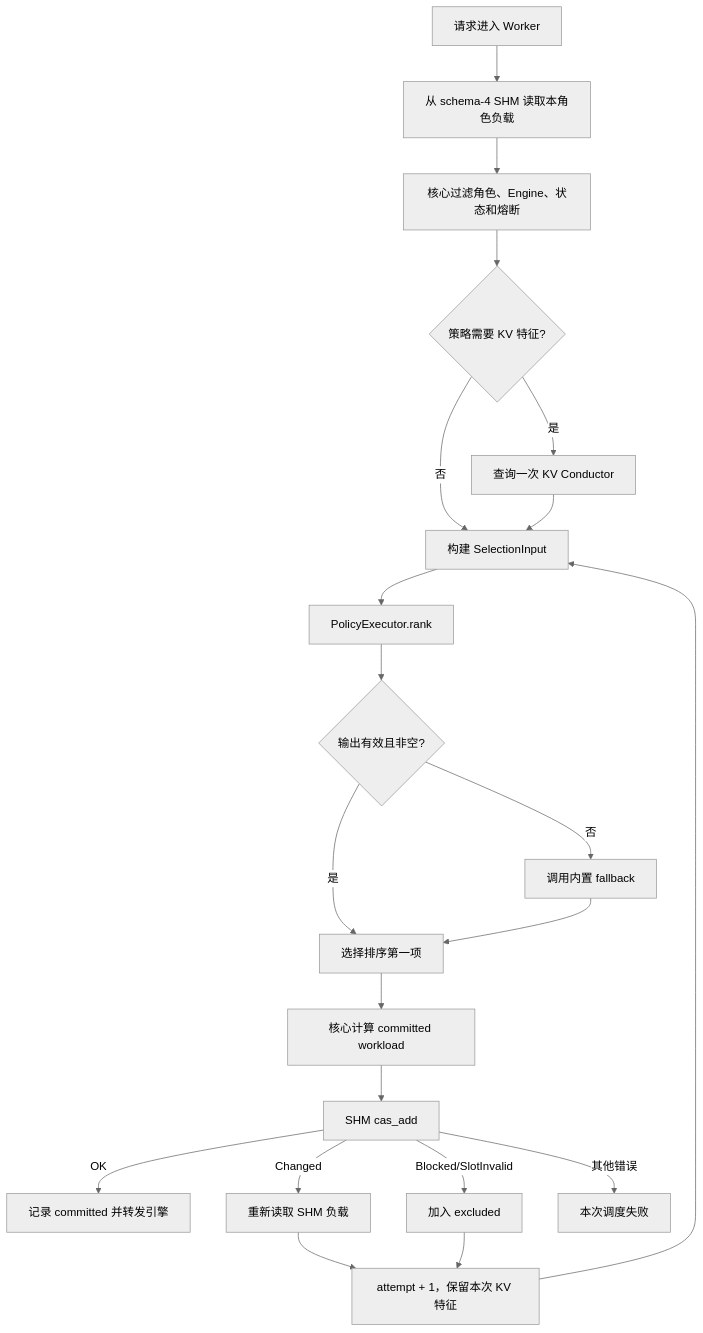
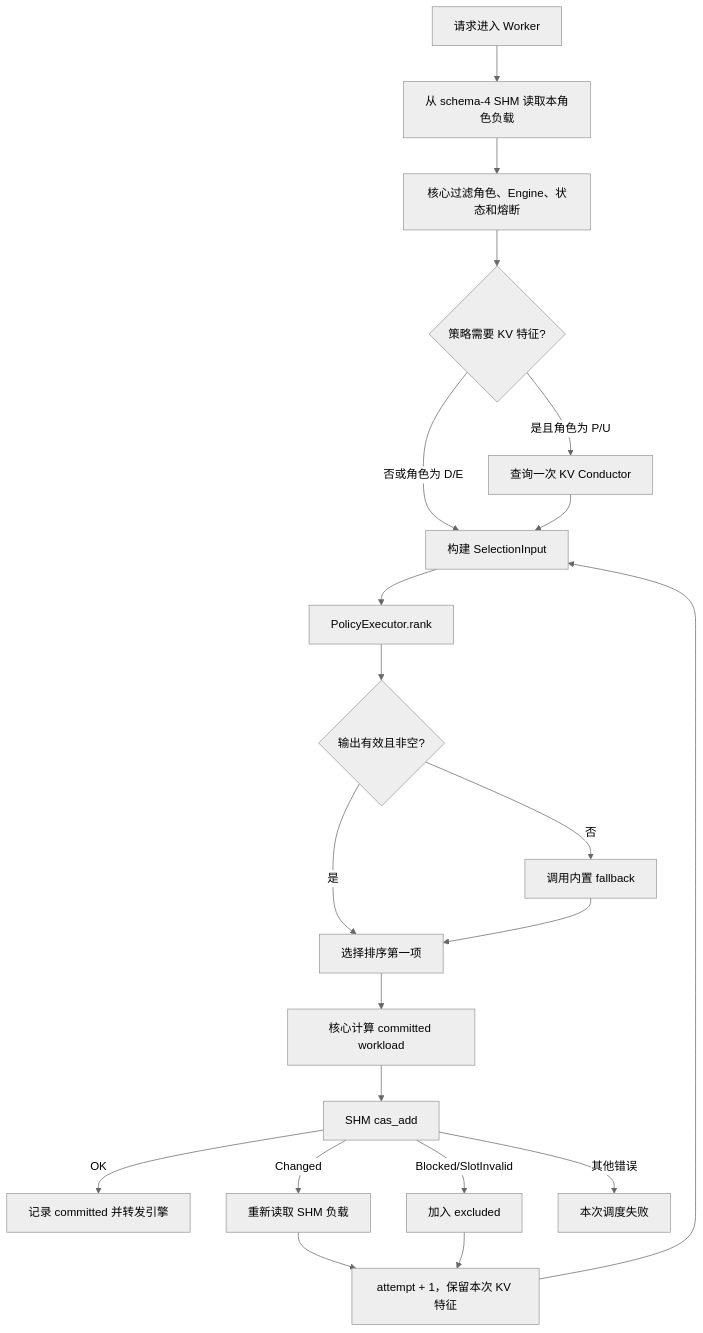
The fourth of 6 diagrams in docs/zh/design/scheduler_policy_plugin.md (Lyr-GW/MindIE-PyMotor), drawn with Mermaid (neutral theme) before and after one commit. The commit also changed other lines of this file and 9 other files, not shown here.

````diff
--- a/docs/zh/design/scheduler_policy_plugin.md
+++ b/docs/zh/design/scheduler_policy_plugin.md
@@ -349,23 +349,23 @@
 ```mermaid
 flowchart TD
     A[请求进入 Worker] --> B[从 schema-4 SHM 读取本角色负载]
     B --> C[核心过滤角色、Engine、状态和熔断]
     C --> D{策略需要 KV 特征?}
-    D -- 是 --> E[查询一次 KV Conductor]
-    D -- 否 --> F[构建 SelectionInput]
+    D -- 是且角色为 P/U --> E[查询一次 KV Conductor]
+    D -- 否或角色为 D/E --> F[构建 SelectionInput]
     E --> F
     F --> G[PolicyExecutor.rank]
     G --> H{输出有效且非空?}
     H -- 否 --> I[调用内置 fallback]
     H -- 是 --> J[选择排序第一项]
     I --> J
     J --> K[核心计算 committed workload]
     K --> L[SHM cas_add]
     L -- OK --> M[记录 committed 并转发引擎]
     L -- Changed --> N[重新读取 SHM 负载]
     N --> O[attempt + 1，保留本次 KV 特征]
     O --> F
     L -- Blocked/SlotInvalid --> P[加入 excluded]
     P --> O
     L -- 其他错误 --> Q[本次调度失败]
 ```
````
